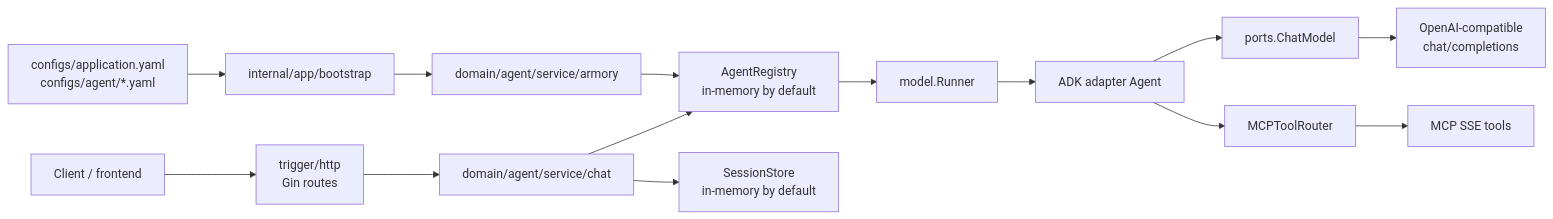
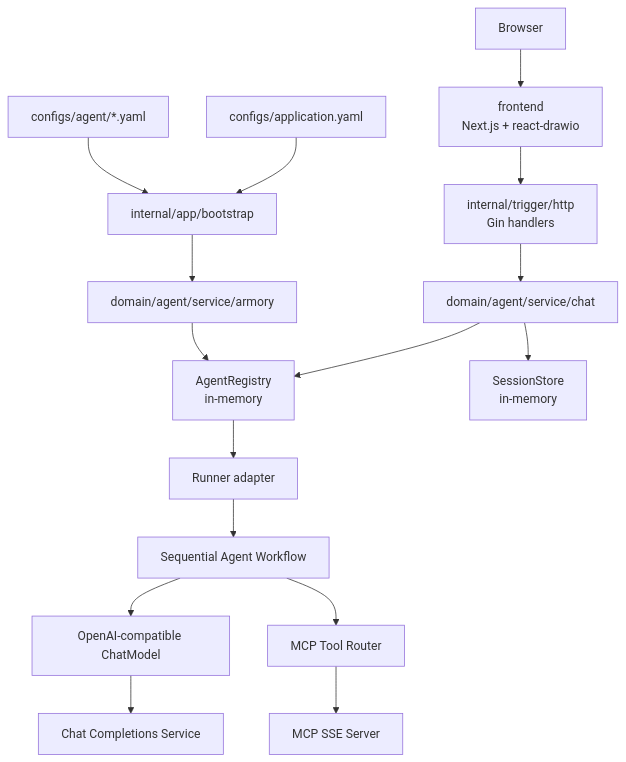
The second of 4 diagrams in README.md (bdbd2yy/drawio-agent-go), drawn with Mermaid before and after one commit. The commit also changed other lines of this file and 1 other file, not shown here.

````diff
--- a/README.md
+++ b/README.md
@@ -112,17 +236,19 @@
 ```mermaid
-flowchart LR
-    Client["Client / frontend"] --> Gin["trigger/http<br/>Gin routes"]
-    Gin --> ChatService["domain/agent/service/chat"]
-    ChatService --> Registry["AgentRegistry<br/>in-memory by default"]
-    ChatService --> SessionStore["SessionStore<br/>in-memory by default"]
-    Registry --> Runner["model.Runner"]
-    Runner --> Agent["ADK adapter Agent"]
-    Agent --> Model["ports.ChatModel"]
-    Model --> OpenAI["OpenAI-compatible<br/>chat/completions"]
-    Agent --> ToolRouter["MCPToolRouter"]
-    ToolRouter --> MCP["MCP SSE tools"]
+flowchart TB
+    Browser["Browser"] --> Frontend["frontend<br/>Next.js + react-drawio"]
+    Frontend --> Handler["internal/trigger/http<br/>Gin handlers"]
+    Handler --> Chat["domain/agent/service/chat"]
+    Chat --> Registry["AgentRegistry<br/>in-memory"]
+    Chat --> Session["SessionStore<br/>in-memory"]
+    Registry --> Runner["Runner adapter"]
+    Runner --> Workflow["Sequential Agent Workflow"]
+    Workflow --> Model["OpenAI-compatible ChatModel"]
+    Workflow --> Tools["MCP Tool Router"]
+    Model --> LLM["Chat Completions Service"]
+    Tools --> MCP["MCP SSE Server"]
 
-    Config["configs/application.yaml<br/>configs/agent/*.yaml"] --> Bootstrap["internal/app/bootstrap"]
+    AppConfig["configs/application.yaml"] --> Bootstrap["internal/app/bootstrap"]
+    AgentConfig["configs/agent/*.yaml"] --> Bootstrap
     Bootstrap --> Armory["domain/agent/service/armory"]
     Armory --> Registry
 ```
````
